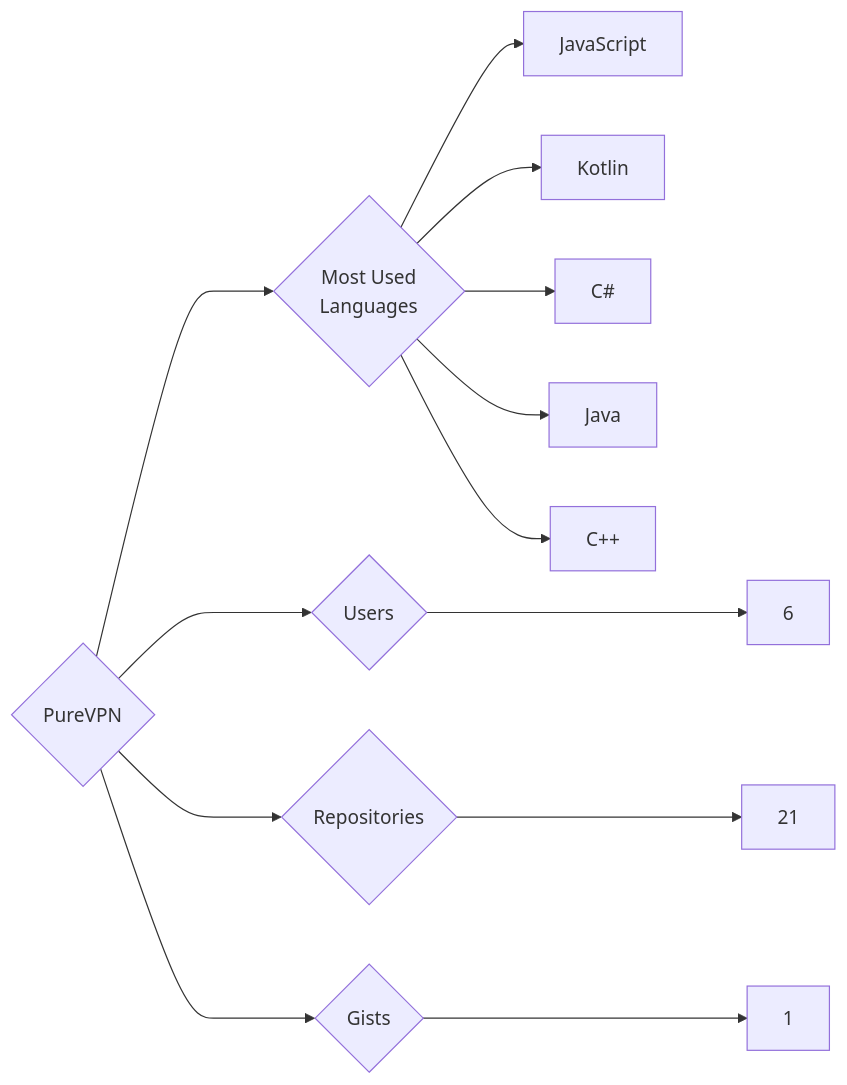
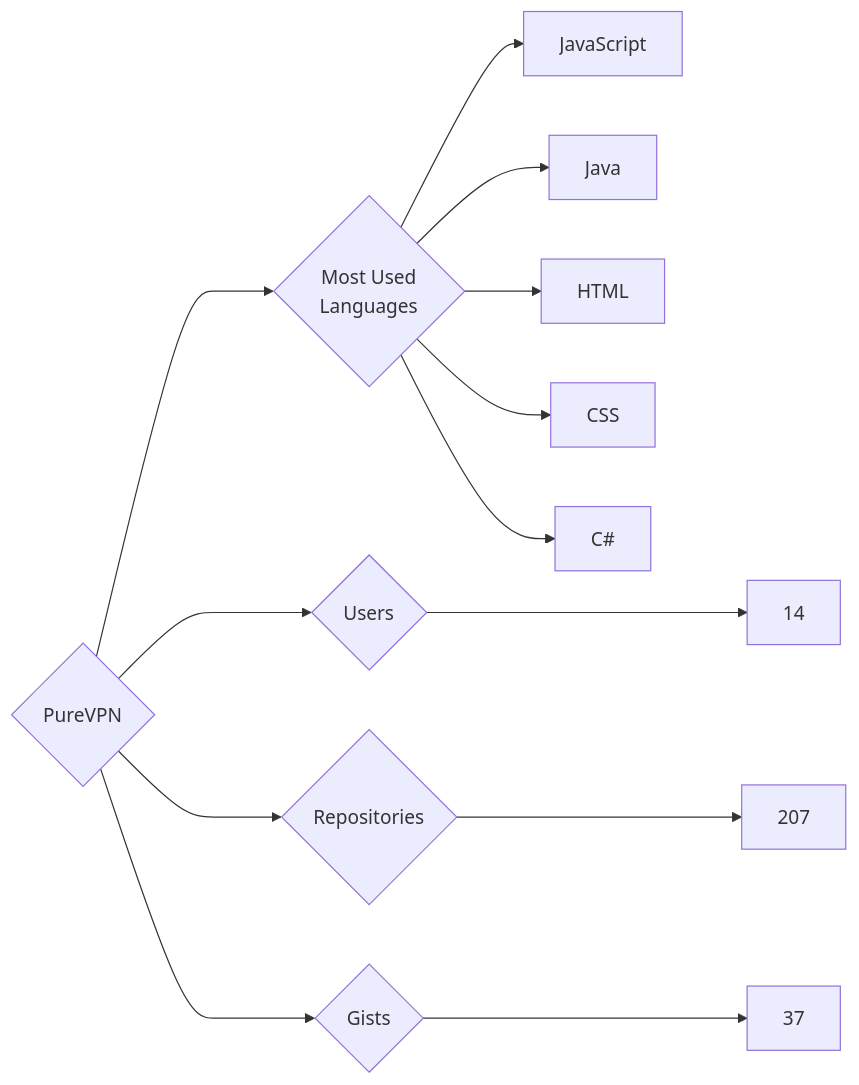
The diagram in targets/PureVPN/README.md (trickest/insiders), drawn with Mermaid before and after one commit. The commit also changed 870 other files, not shown here.

````diff
--- a/targets/PureVPN/README.md
+++ b/targets/PureVPN/README.md
@@ -3,13 +3,13 @@
 ```mermaid
 graph LR
 COMPANY_NAME{PureVPN}
-COMPANY_NAME ---> U{Users} ---> UN[6]
-COMPANY_NAME ---> R{Repositories} ---> RN[21]
-COMPANY_NAME ---> G{Gists} ---> GN[1]
+COMPANY_NAME ---> U{Users} ---> UN[14]
+COMPANY_NAME ---> R{Repositories} ---> RN[207]
+COMPANY_NAME ---> G{Gists} ---> GN[37]
 COMPANY_NAME ---> ML{Most Used<br>Languages}
 ML --> JavaScript[JavaScript]
-ML --> Kotlin[Kotlin]
+ML --> Java[Java]
+ML --> HTML[HTML]
+ML --> CSS[CSS]
 ML --> C#[C#]
-ML --> Java[Java]
-ML --> C++[C++]
 ```
````
